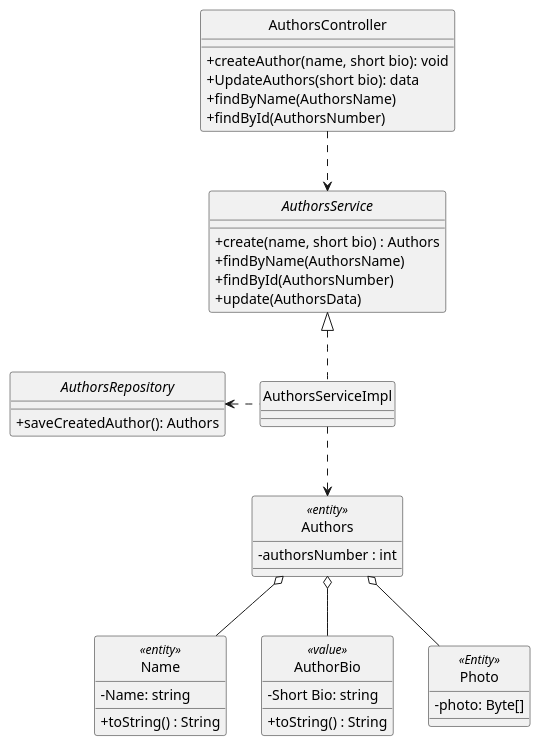
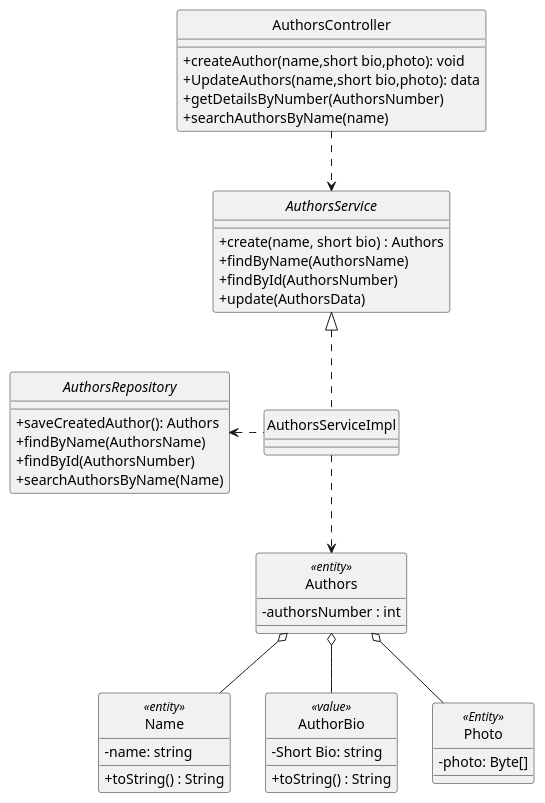
Before and after one commit to rutemf/1220944_1220772_G01: the diagram in Docs/Phase1/WP1A-Authors/ClassDiagram.puml, drawn with PlantUML. The commit also changed 7 other files, not shown here.

```diff
--- a/Docs/Phase1/WP1A-Authors/ClassDiagram.puml
+++ b/Docs/Phase1/WP1A-Authors/ClassDiagram.puml
@@ -1,51 +1,55 @@
 @startuml
 'https://plantuml.com/class-diagram
 
 skinparam classAttributeIconSize 0
 hide circle
 class Authors <<entity>>{
     - authorsNumber : int
 }
 class Name <<entity>>{
-    - Name: string
+    - name: string
     + toString() : String
 }
 
 class AuthorBio <<value>>{
     - Short Bio: string
     + toString() : String
 }
 
 class Photo <<Entity>>{
     - photo: Byte[]
 }
 
 class AuthorsController {
-    +createAuthor(name, short bio): void
-    +UpdateAuthors(short bio): data
-    + findByName(AuthorsName)
-    + findById(AuthorsNumber)
+    +createAuthor(name,short bio,photo): void
+    +UpdateAuthors(name,short bio,photo): data
+    + getDetailsByNumber(AuthorsNumber)
+    + searchAuthorsByName(name)
 }
 
 class AuthorsServiceImpl implements AuthorsService{
 }
 
 interface AuthorsService {
     + create(name, short bio) : Authors
     + findByName(AuthorsName)
     + findById(AuthorsNumber)
     + update(AuthorsData)
 }
 
 interface AuthorsRepository {
     +saveCreatedAuthor(): Authors
+    + findByName(AuthorsName)
+    + findById(AuthorsNumber)
+    + searchAuthorsByName(Name)
+
 }
 
 AuthorsServiceImpl ..> Authors
 AuthorsController ..> AuthorsService
 AuthorsServiceImpl .left.> AuthorsRepository
 
 Authors o-- Name
 Authors o-- Photo
 Authors o-- AuthorBio
 @enduml
```
